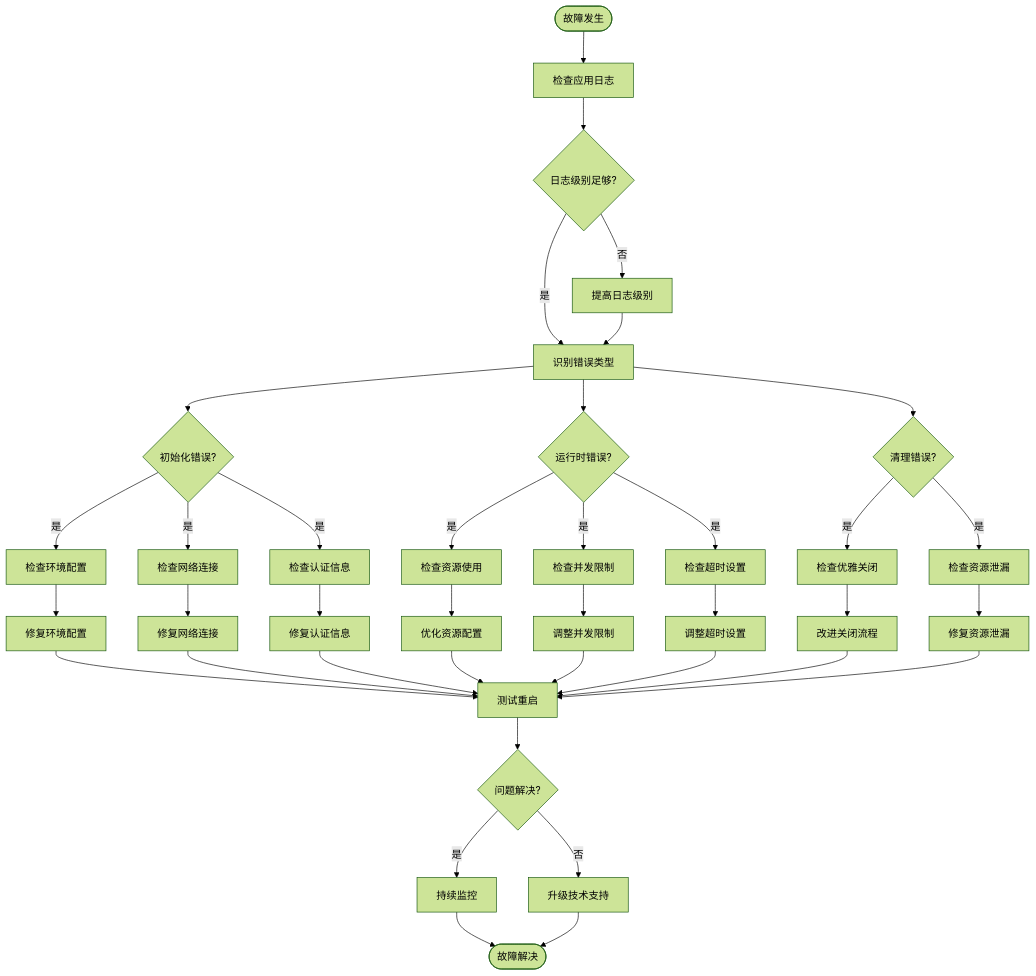
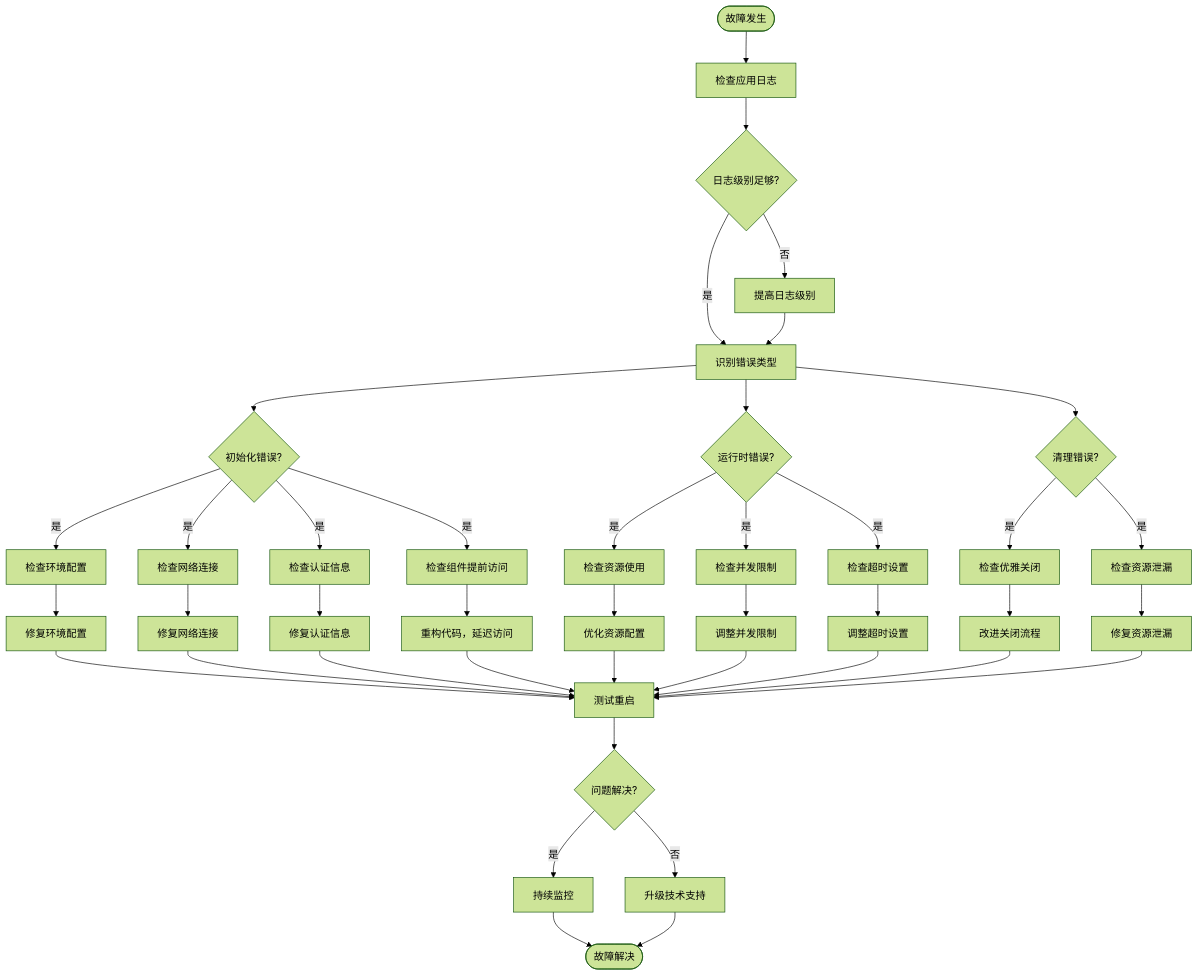
Before and after one commit to lilinzezzzzzz/fastapi-backend: the ninth of 9 diagrams in .qoder/repowiki/zh/content/核心架构设计/应用生命周期管理.md, drawn with Mermaid (forest theme). The commit also changed other lines of this file and 4 other files, not shown here.

````diff
--- a/.qoder/repowiki/zh/content/核心架构设计/应用生命周期管理.md
+++ b/.qoder/repowiki/zh/content/核心架构设计/应用生命周期管理.md
@@ -619,40 +887,43 @@
 ```mermaid
 flowchart TD
 Start([故障发生]) --> CheckLogs["检查应用日志"]
 CheckLogs --> LogLevel{"日志级别足够?"}
 LogLevel --> |否| IncreaseLogLevel["提高日志级别"]
 LogLevel --> |是| IdentifyError["识别错误类型"]
 IncreaseLogLevel --> IdentifyError
 IdentifyError --> InitError{"初始化错误?"}
 IdentifyError --> RuntimeError{"运行时错误?"}
 IdentifyError --> CleanupError{"清理错误?"}
 InitError --> |是| CheckEnv["检查环境配置"]
 InitError --> |是| CheckNetwork["检查网络连接"]
 InitError --> |是| CheckCredentials["检查认证信息"]
+InitError --> |是| CheckEarlyAccess["检查组件提前访问"]
 RuntimeError --> |是| CheckResourceUsage["检查资源使用"]
 RuntimeError --> |是| CheckConcurrency["检查并发限制"]
 RuntimeError --> |是| CheckTimeouts["检查超时设置"]
 CleanupError --> |是| CheckGracefulShutdown["检查优雅关闭"]
 CleanupError --> |是| CheckResourceLeaks["检查资源泄漏"]
 CheckEnv --> FixEnv["修复环境配置"]
 CheckNetwork --> FixNetwork["修复网络连接"]
 CheckCredentials --> FixCredentials["修复认证信息"]
+CheckEarlyAccess --> FixEarlyAccess["重构代码，延迟访问"]
 CheckResourceUsage --> OptimizeResources["优化资源配置"]
 CheckConcurrency --> AdjustLimits["调整并发限制"]
 CheckTimeouts --> TuneTimeouts["调整超时设置"]
 CheckGracefulShutdown --> ImproveShutdown["改进关闭流程"]
 CheckResourceLeaks --> FixLeaks["修复资源泄漏"]
 FixEnv --> TestRestart["测试重启"]
 FixNetwork --> TestRestart
 FixCredentials --> TestRestart
+FixEarlyAccess --> TestRestart
 OptimizeResources --> TestRestart
 AdjustLimits --> TestRestart
 TuneTimeouts --> TestRestart
 ImproveShutdown --> TestRestart
 FixLeaks --> TestRestart
 TestRestart --> Success{"问题解决?"}
 Success --> |是| Monitor["持续监控"]
 Success --> |否| EscalateSupport["升级技术支持"]
 Monitor --> End([故障解决])
 EscalateSupport --> End
 ```
````
